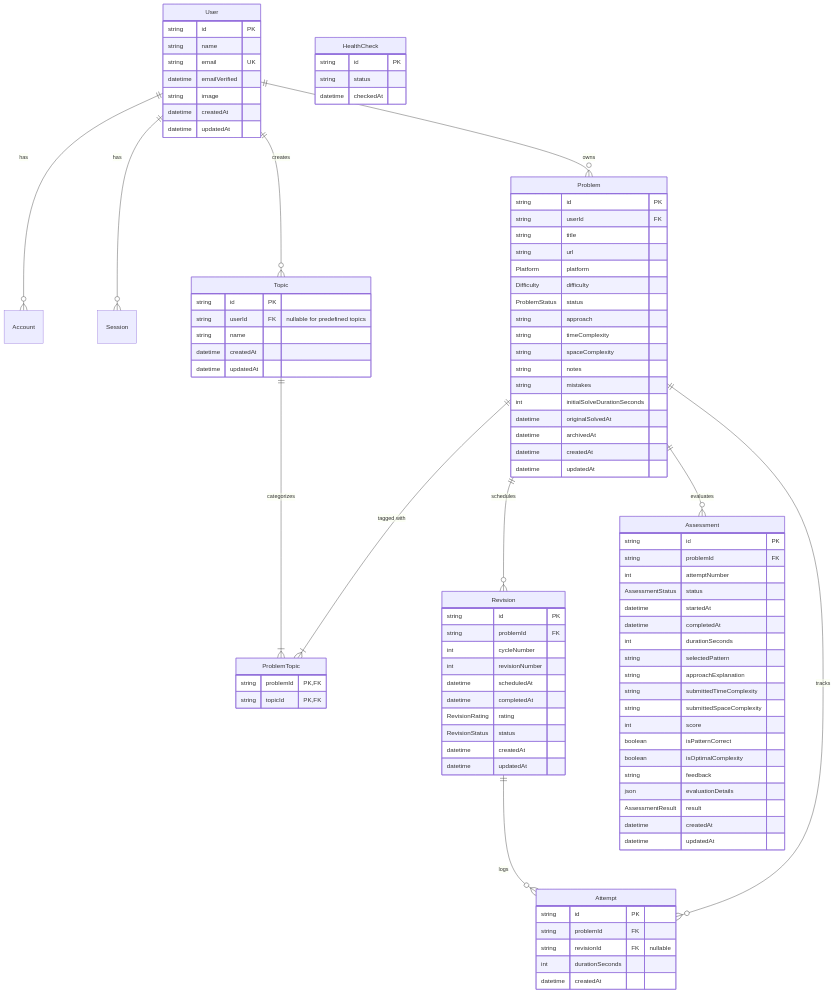
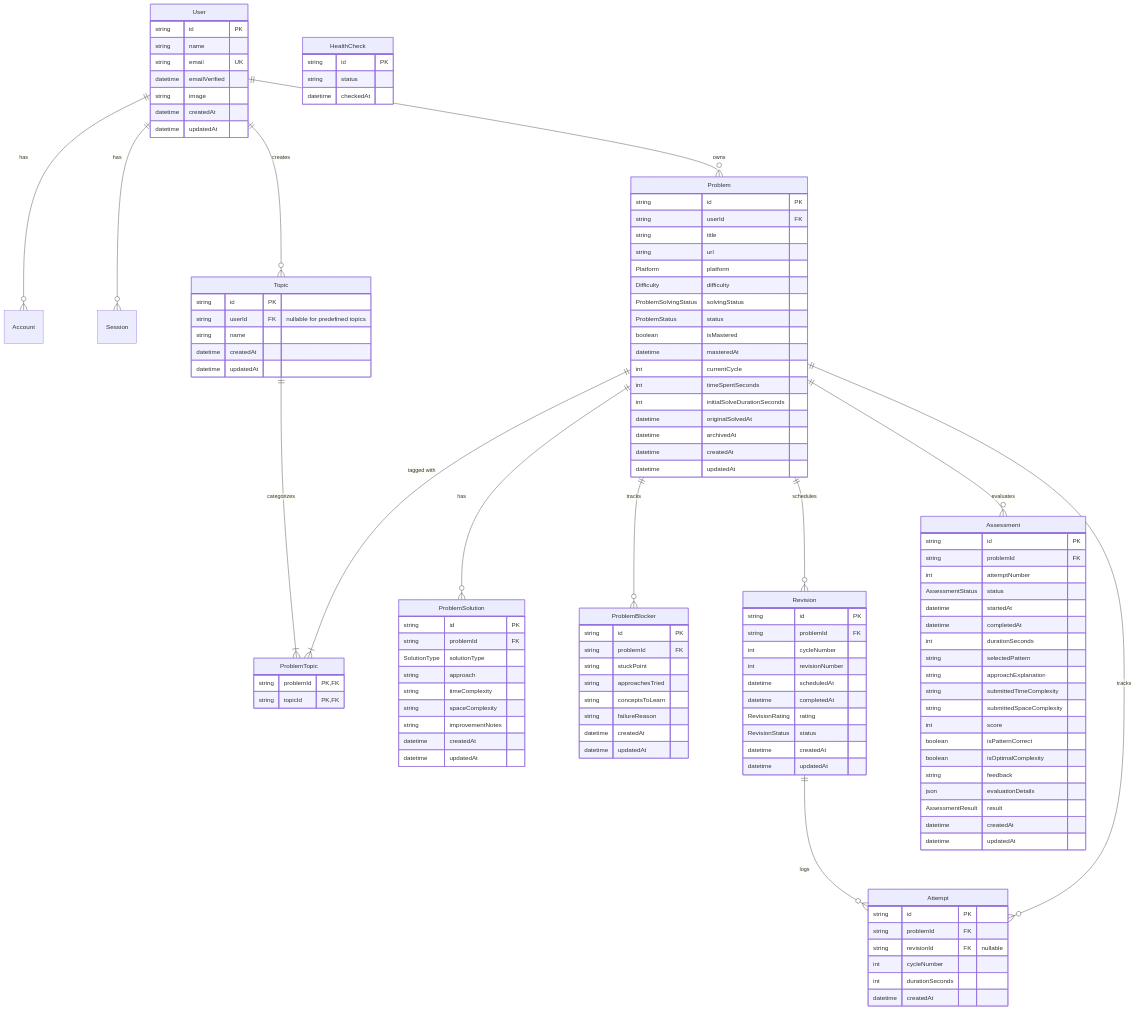
One commit to PranayKallepu/dsa-revision-tracker changed the diagram in docs/database-schema.md. Above: the diagram before and after it, drawn with Mermaid. The commit also changed other lines of this file and 10 other files, not shown here.

```diff
--- a/docs/database-schema.md
+++ b/docs/database-schema.md
@@ -14,6 +14,8 @@
     User ||--o{ Topic : "creates"
     Problem ||--|{ ProblemTopic : "tagged with"
     Topic ||--|{ ProblemTopic : "categorizes"
+    Problem ||--o{ ProblemSolution : "has"
+    Problem ||--o{ ProblemBlocker : "tracks"
     Problem ||--o{ Revision : "schedules"
     Problem ||--o{ Attempt : "tracks"
     Problem ||--o{ Assessment : "evaluates"
@@ -36,15 +38,38 @@
         string url
         Platform platform
         Difficulty difficulty
+        ProblemSolvingStatus solvingStatus
         ProblemStatus status
+        boolean isMastered
+        datetime masteredAt
+        int currentCycle
+        int timeSpentSeconds
+        int initialSolveDurationSeconds
+        datetime originalSolvedAt
+        datetime archivedAt
+        datetime createdAt
+        datetime updatedAt
+    }
+
+    ProblemSolution {
+        string id PK
+        string problemId FK
+        SolutionType solutionType
         string approach
         string timeComplexity
         string spaceComplexity
-        string notes
-        string mistakes
-        int initialSolveDurationSeconds
-        datetime originalSolvedAt
-        datetime archivedAt
+        string improvementNotes
+        datetime createdAt
+        datetime updatedAt
+    }
+
+    ProblemBlocker {
+        string id PK
+        string problemId FK
+        string stuckPoint
+        string approachesTried
+        string conceptsToLearn
+        string failureReason
         datetime createdAt
         datetime updatedAt
     }
@@ -79,6 +104,7 @@
         string id PK
         string problemId FK
         string revisionId FK "nullable"
+        int cycleNumber
         int durationSeconds
         datetime createdAt
     }
```
